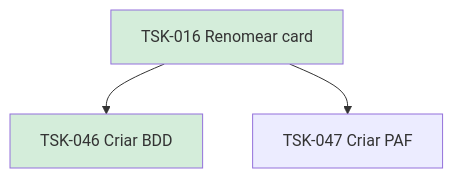
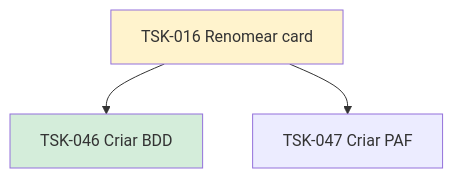
One commit to laerciogermano/workstation changed the diagram in flow/tasks/TSK-001-criar-epico/TSK-002-criar-as-historias/TSK-004-board/TSK-016-renomear-card/README.md. Above: the diagram before and after it, drawn with Mermaid. The commit also changed other lines of this file and 53 other files, not shown here.

````diff
--- a/flow/tasks/TSK-001-criar-epico/TSK-002-criar-as-historias/TSK-004-board/TSK-016-renomear-card/README.md
+++ b/flow/tasks/TSK-001-criar-epico/TSK-002-criar-as-historias/TSK-004-board/TSK-016-renomear-card/README.md
@@ -12,10 +12,10 @@
 ```mermaid
 flowchart TD
   T016[TSK-016 Renomear card]
   T046[TSK-046 Criar BDD]
   T047[TSK-047 Criar PAF]
   T016 --> T046
   T016 --> T047
-  style T016 fill:#d4edda
+  style T016 fill:#fff3cd
   style T046 fill:#d4edda
 ```
````
